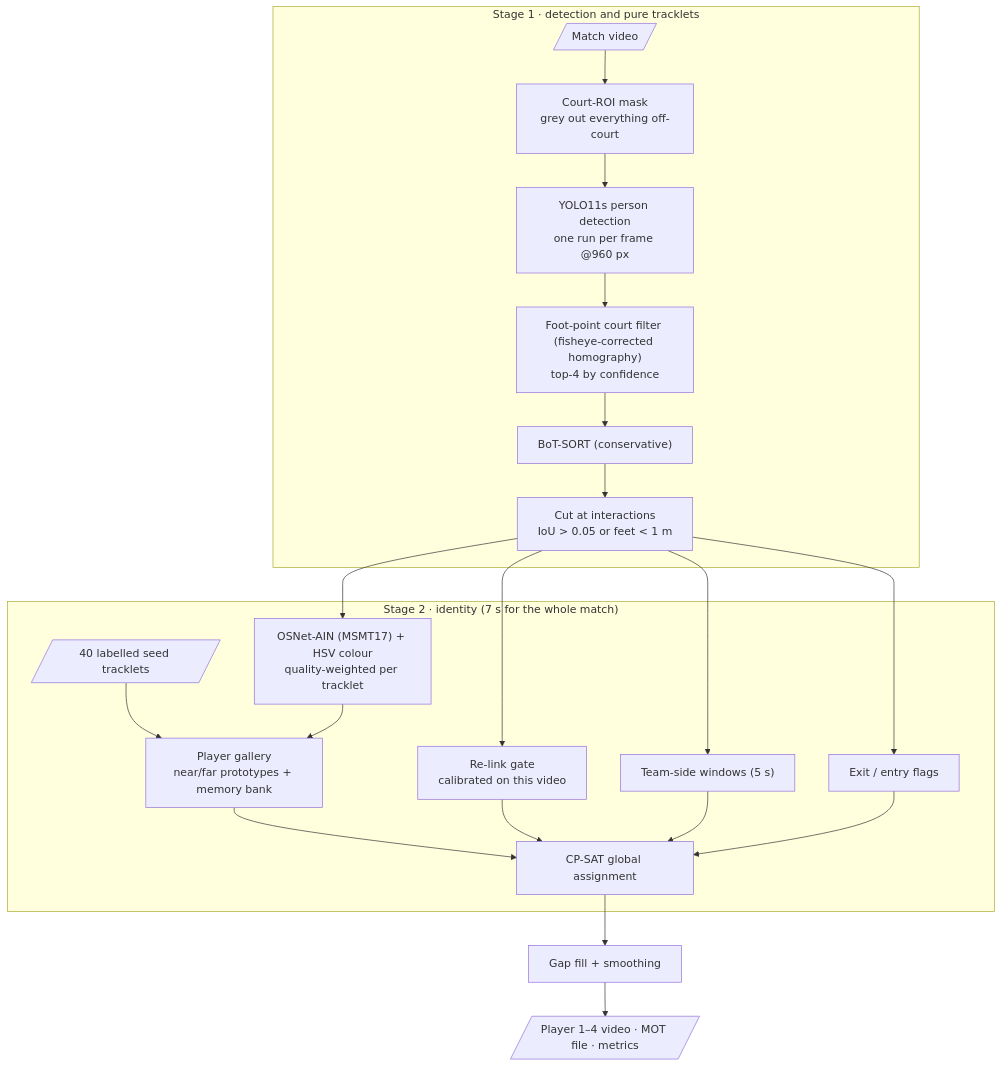
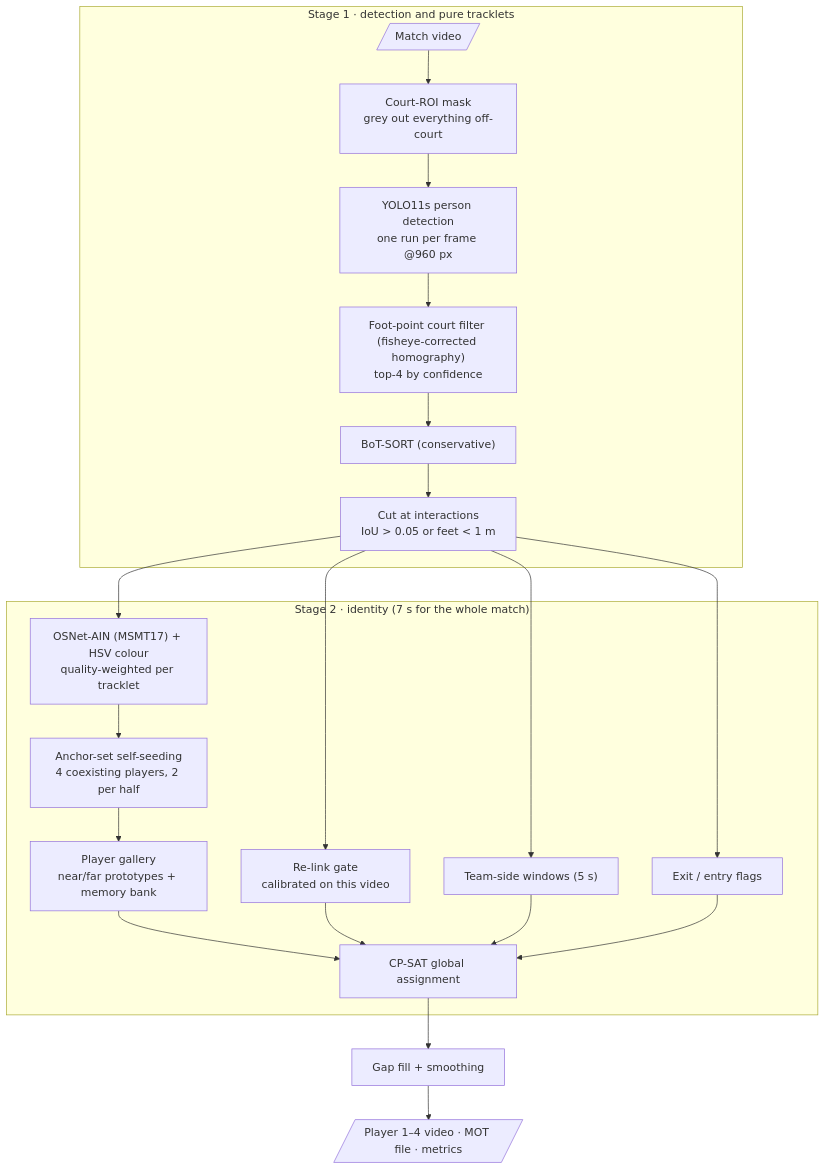
One commit to DeepMathukiya/padel-player-reid changed the first of 5 diagrams in docs/technical_report.md. Above: the diagram before and after it, drawn with Mermaid. The commit also changed other lines of this file and 31 other files, not shown here.

````diff
--- a/docs/technical_report.md
+++ b/docs/technical_report.md
@@ -32,23 +32,23 @@
 ```mermaid
 flowchart TB
     subgraph S1["Stage 1 · detection and pure tracklets"]
         V[/Match video/] --> M["Court-ROI mask<br/>grey out everything off-court"]
         M --> D["YOLO11s person detection<br/>one run per frame @960 px"]
         D --> F["Foot-point court filter (fisheye-corrected homography)<br/>top-4 by confidence"]
         F --> T["BoT-SORT (conservative)"]
         T --> C["Cut at interactions<br/>IoU > 0.05 or feet < 1 m"]
     end
     subgraph S2["Stage 2 · identity (7 s for the whole match)"]
         C --> E["OSNet-AIN (MSMT17) + HSV colour<br/>quality-weighted per tracklet"]
-        L[/"40 labelled seed tracklets"/] --> G["Player gallery<br/>near/far prototypes + memory bank"]
-        E --> G
+        E --> L["Anchor-set self-seeding<br/>4 coexisting players, 2 per half"]
+        L --> G["Player gallery<br/>near/far prototypes + memory bank"]
         C --> R["Re-link gate<br/>calibrated on this video"]
         C --> W["Team-side windows (5 s)"]
         C --> X["Exit / entry flags"]
         G --> A["CP-SAT global assignment"]
         R --> A
         W --> A
         X --> A
     end
     A --> P["Gap fill + smoothing"] --> O[/"Player 1–4 video · MOT file · metrics"/]
 ```
````
